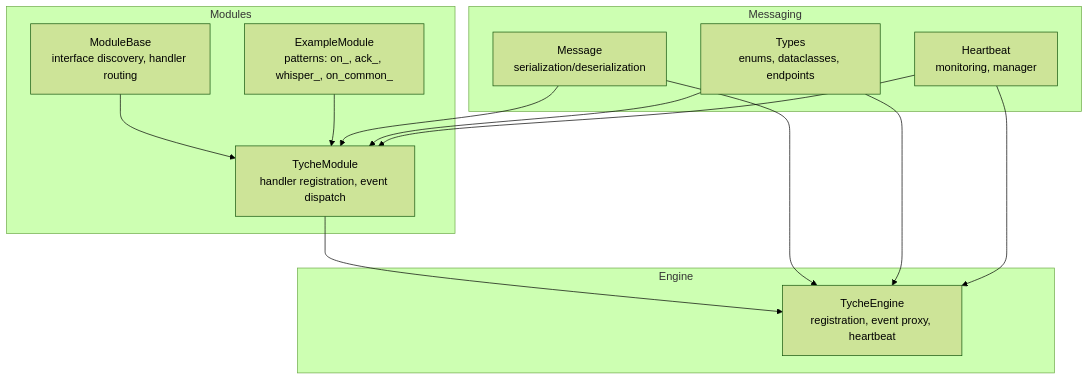
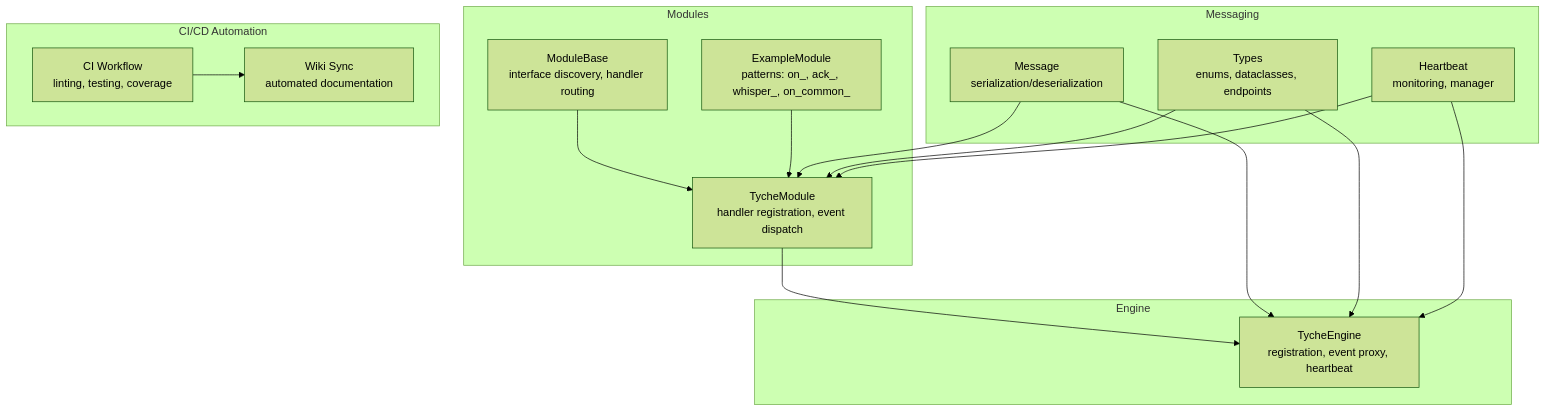
One commit to zt281/TycheEngine changed the first of 11 diagrams in .qoder/repowiki/en/content/Advanced Features/Advanced Features.md. Above: the diagram before and after it, drawn with Mermaid (forest theme). The commit also changed other lines of this file and 33 other files, not shown here.

````diff
--- a/.qoder/repowiki/en/content/Advanced Features/Advanced Features.md
+++ b/.qoder/repowiki/en/content/Advanced Features/Advanced Features.md
@@ -46,25 +51,30 @@
 ```mermaid
 graph TB
 subgraph "Engine"
 E["TycheEngine<br/>registration, event proxy, heartbeat"]
 end
 subgraph "Modules"
 M["TycheModule<br/>handler registration, event dispatch"]
 MB["ModuleBase<br/>interface discovery, handler routing"]
 EM["ExampleModule<br/>patterns: on_, ack_, whisper_, on_common_"]
 end
 subgraph "Messaging"
 MSG["Message<br/>serialization/deserialization"]
 T["Types<br/>enums, dataclasses, endpoints"]
 HB["Heartbeat<br/>monitoring, manager"]
 end
+subgraph "CI/CD Automation"
+CI["CI Workflow<br/>linting, testing, coverage"]
+WS["Wiki Sync<br/>automated documentation"]
+end
 MB --> M
 M --> E
 EM --> M
 MSG --> E
 MSG --> M
 T --> E
 T --> M
 HB --> E
 HB --> M
+CI --> WS
 ```
````
